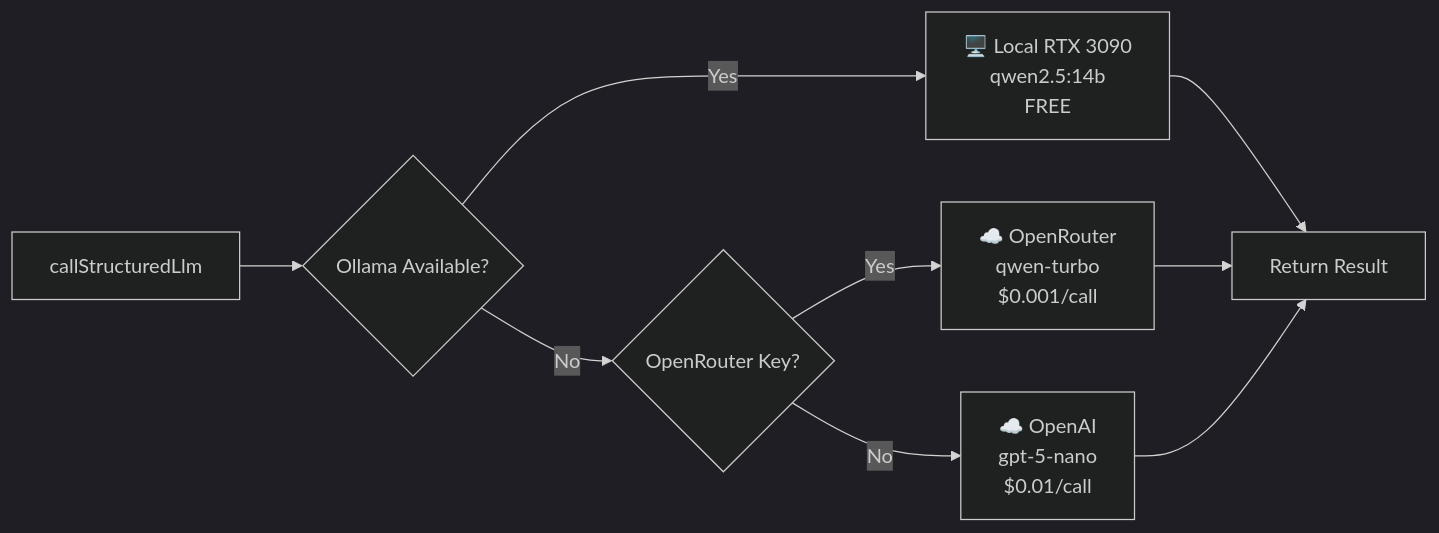
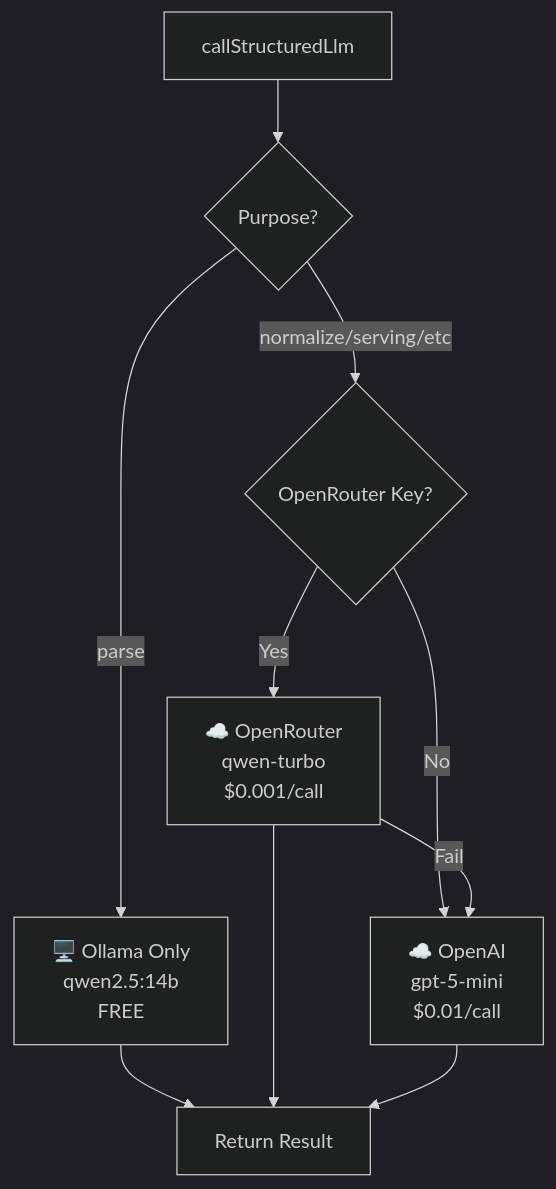
The fourth of 4 diagrams in docs/ingredient-mapping-pipeline.md (evawlve/Recipe-App), drawn with Mermaid (dark theme) before and after one commit. The commit also changed other lines of this file and 4 other files, not shown here.

````diff
--- a/docs/ingredient-mapping-pipeline.md
+++ b/docs/ingredient-mapping-pipeline.md
@@ -1207,11 +1217,12 @@
 ```mermaid
-flowchart LR
-    A[callStructuredLlm] --> B{Ollama Available?}
-    B -->|Yes| C[🖥️ Local RTX 3090<br/>qwen2.5:14b<br/>FREE]
-    B -->|No| D{OpenRouter Key?}
+flowchart TD
+    A[callStructuredLlm] --> B{Purpose?}
+    B -->|parse| C[🖥️ Ollama Only<br/>qwen2.5:14b<br/>FREE]
+    B -->|normalize/serving/etc| D{OpenRouter Key?}
     D -->|Yes| E[☁️ OpenRouter<br/>qwen-turbo<br/>$0.001/call]
-    D -->|No| F[☁️ OpenAI<br/>gpt-5-nano<br/>$0.01/call]
+    D -->|No| F[☁️ OpenAI<br/>gpt-5-mini<br/>$0.01/call]
+    E -->|Fail| F
     C --> G[Return Result]
     E --> G
     F --> G
 ```
````
